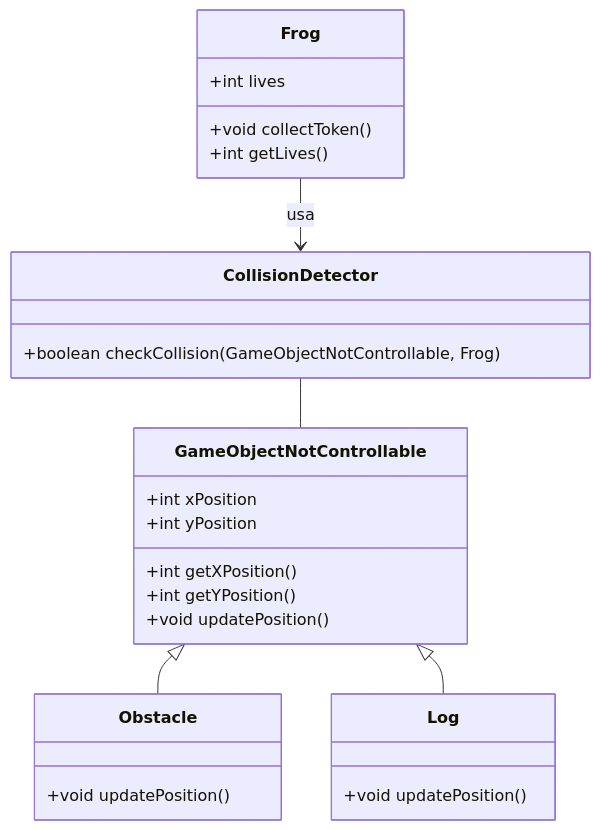
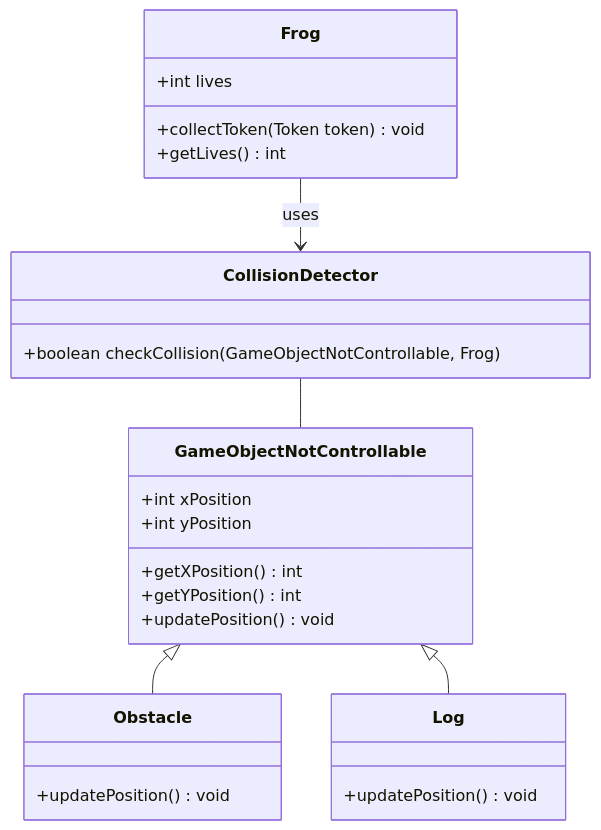
Before and after one commit to giuliavanni/frogger: the fourth of 4 diagrams in README.md, drawn with Mermaid. The commit also changed other lines of this file, not shown here.

````diff
--- a/README.md
+++ b/README.md
@@ -187,28 +240,28 @@
 ```mermaid
 classDiagram
     class Frog {
         +int lives
-        +void collectToken()
-        +int getLives()
+        +collectToken(Token token) void
+        +getLives() int
     }
     class CollisionDetector {
         +boolean checkCollision(GameObjectNotControllable, Frog)
     }
     class GameObjectNotControllable{
         +int xPosition
         +int yPosition
-        +int getXPosition()
-        +int getYPosition()
-        +void updatePosition()
+        +getXPosition() int
+        +getYPosition() int
+        +updatePosition() void
     }
     class Obstacle {
-        +void updatePosition()
+        +updatePosition() void
     }
     class Log {
-        +void updatePosition()
+        +updatePosition() void
     }
-    Frog --> CollisionDetector : usa
+    Frog --> CollisionDetector : uses
     CollisionDetector -- GameObjectNotControllable
     GameObjectNotControllable <|-- Obstacle
     GameObjectNotControllable <|-- Log
 ```
````
